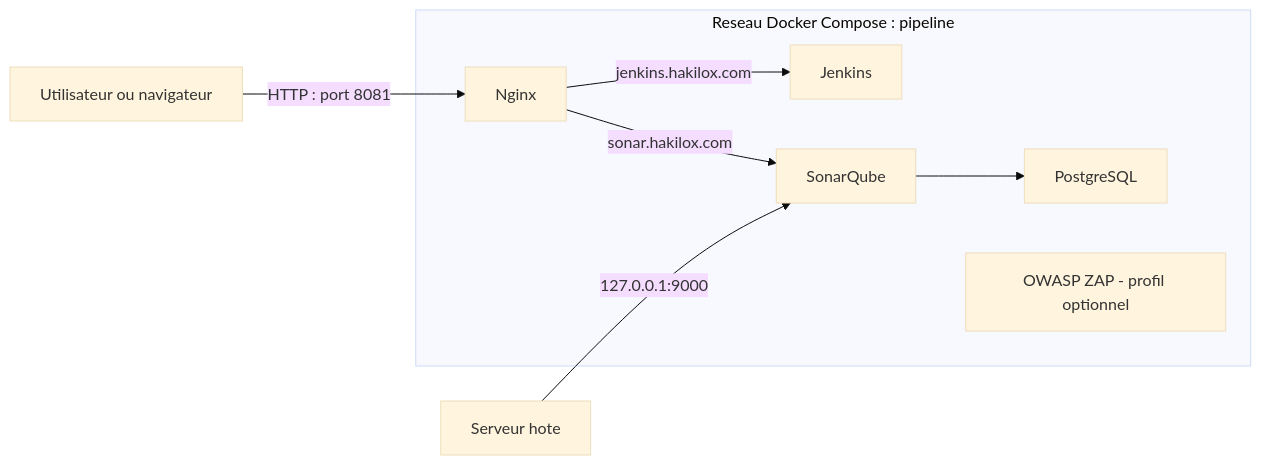
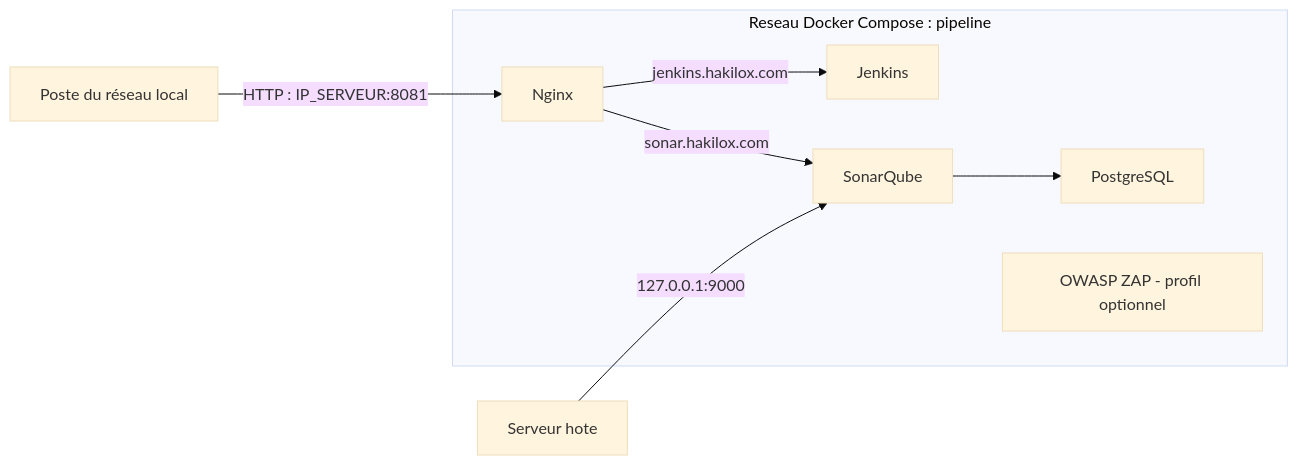
The diagram in docs/architecture.md (Drak-01/Docker-security-pipeline), drawn with Mermaid (base theme) before and after one commit. The commit also changed other lines of this file and 2 other files, not shown here.

````diff
--- a/docs/architecture.md
+++ b/docs/architecture.md
@@ -20,13 +20,13 @@
 ```mermaid
 flowchart LR
-    Client[Utilisateur ou navigateur] -->|HTTP : port 8081| Nginx
+    Client[Poste du réseau local] -->|HTTP : IP_SERVEUR:8081| Nginx
 
     subgraph Docker[Reseau Docker Compose : pipeline]
         Nginx -->|jenkins.hakilox.com| Jenkins
         Nginx -->|sonar.hakilox.com| SonarQube
         SonarQube --> PostgreSQL
         ZAP[OWASP ZAP - profil optionnel]
     end
 
     Administrateur[Serveur hote] -->|127.0.0.1:9000| SonarQube
 ```
````
